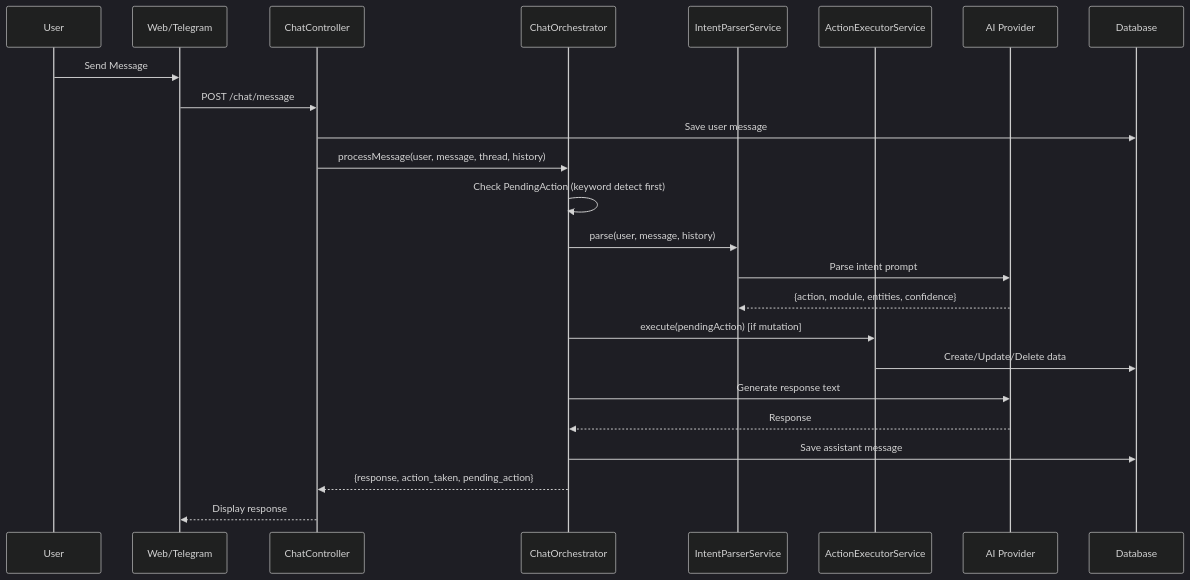
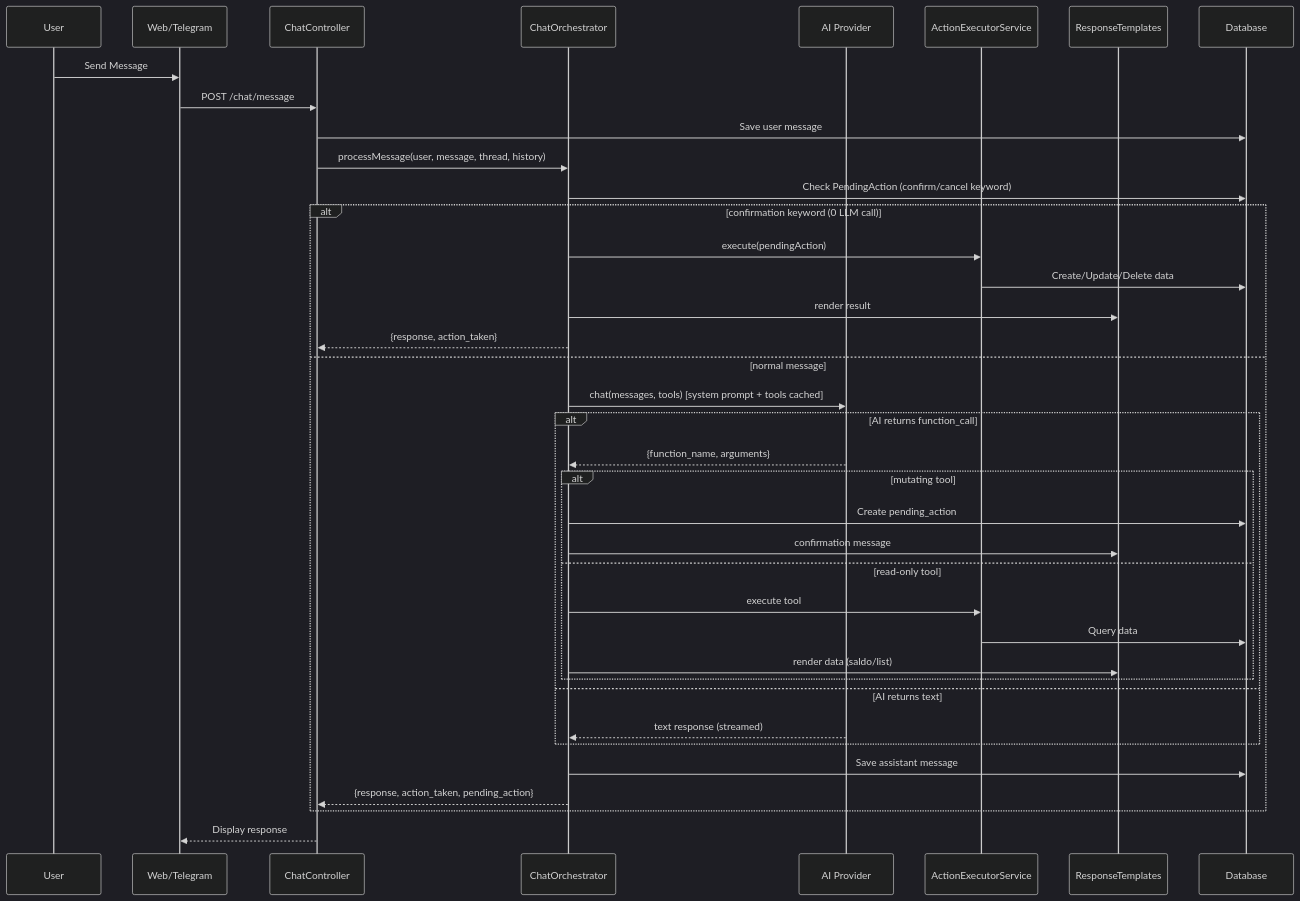
Before and after one commit to azmifauzan/aspri: the second of 4 diagrams in docs/ARCHITECTURE.md, drawn with Mermaid (dark theme). The commit also changed other lines of this file and 1 other file, not shown here.

Commit message:
docs: document native tool-use rewrite architecture

````diff
--- a/docs/ARCHITECTURE.md
+++ b/docs/ARCHITECTURE.md
@@ -228,27 +231,41 @@
 ```mermaid
 sequenceDiagram
   participant U as User
   participant W as Web/Telegram
   participant C as ChatController
   participant O as ChatOrchestrator
-  participant IP as IntentParserService
+  participant AI as AI Provider
   participant AE as ActionExecutorService
-  participant AI as AI Provider
+  participant RT as ResponseTemplates
   participant DB as Database
 
   U->>W: Send Message
   W->>C: POST /chat/message
   C->>DB: Save user message
   C->>O: processMessage(user, message, thread, history)
-  O->>O: Check PendingAction (keyword detect first)
-  O->>IP: parse(user, message, history)
-  IP->>AI: Parse intent prompt
-  AI-->>IP: {action, module, entities, confidence}
-  O->>AE: execute(pendingAction) [if mutation]
-  AE->>DB: Create/Update/Delete data
-  O->>AI: Generate response text
-  AI-->>O: Response
-  O->>DB: Save assistant message
-  O-->>C: {response, action_taken, pending_action}
+  O->>DB: Check PendingAction (confirm/cancel keyword)
+  alt confirmation keyword (0 LLM call)
+    O->>AE: execute(pendingAction)
+    AE->>DB: Create/Update/Delete data
+    O->>RT: render result
+    O-->>C: {response, action_taken}
+  else normal message
+    O->>AI: chat(messages, tools) [system prompt + tools cached]
+    alt AI returns function_call
+      AI-->>O: {function_name, arguments}
+      alt mutating tool
+        O->>DB: Create pending_action
+        O->>RT: confirmation message
+      else read-only tool
+        O->>AE: execute tool
+        AE->>DB: Query data
+        O->>RT: render data (saldo/list)
+      end
+    else AI returns text
+      AI-->>O: text response (streamed)
+    end
+    O->>DB: Save assistant message
+    O-->>C: {response, action_taken, pending_action}
+  end
   C-->>W: Display response
 ```
````
